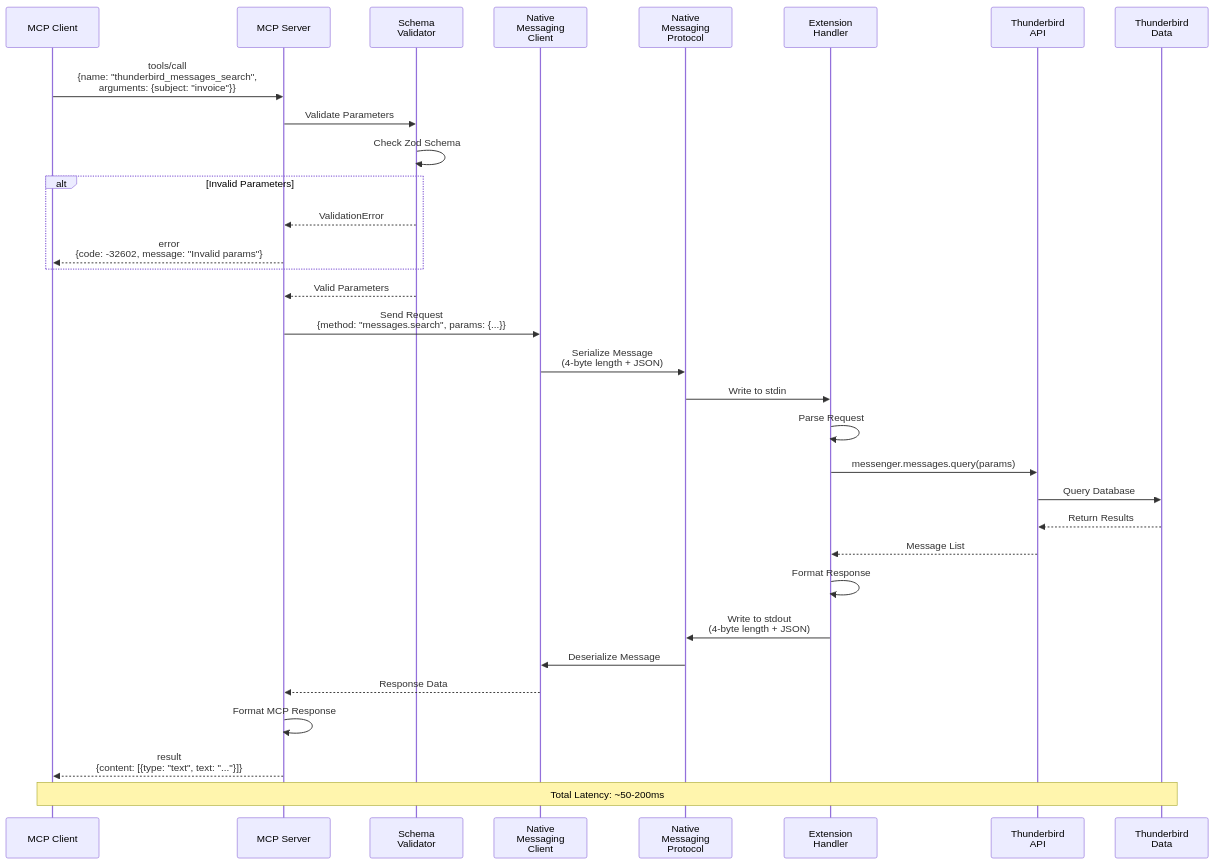
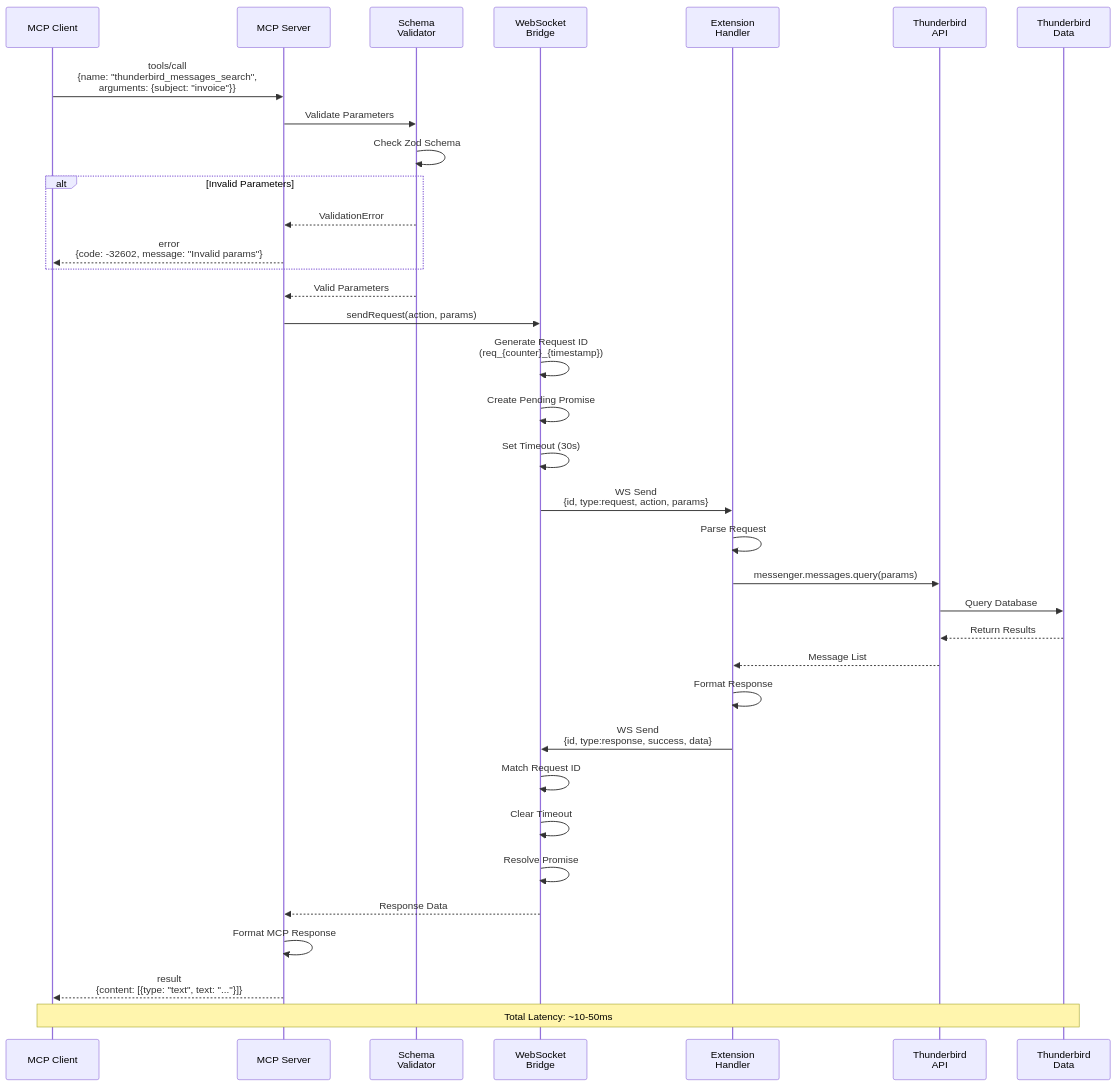
Before and after one commit to assistance-micro-design/zileo-mcp-thunderbird: the second of 10 diagrams in docs/architecture/data-flow.md, drawn with Mermaid. The commit also changed other lines of this file and 7 other files, not shown here.

````diff
--- a/docs/architecture/data-flow.md
+++ b/docs/architecture/data-flow.md
@@ -71,46 +76,49 @@
 ```mermaid
 sequenceDiagram
     participant Client as MCP Client
     participant Server as MCP Server
     participant Validator as Schema<br/>Validator
-    participant NMClient as Native<br/>Messaging<br/>Client
-    participant Protocol as Native<br/>Messaging<br/>Protocol
+    participant Bridge as WebSocket<br/>Bridge
     participant Extension as Extension<br/>Handler
     participant API as Thunderbird<br/>API
     participant TB as Thunderbird<br/>Data
 
     Client->>Server: tools/call<br/>{name: "thunderbird_messages_search",<br/>arguments: {subject: "invoice"}}
 
     Server->>Validator: Validate Parameters
     Validator->>Validator: Check Zod Schema
     alt Invalid Parameters
         Validator-->>Server: ValidationError
         Server-->>Client: error<br/>{code: -32602, message: "Invalid params"}
     end
 
     Validator-->>Server: Valid Parameters
 
-    Server->>NMClient: Send Request<br/>{method: "messages.search", params: {...}}
+    Server->>Bridge: sendRequest(action, params)
+    Bridge->>Bridge: Generate Request ID<br/>(req_{counter}_{timestamp})
+    Bridge->>Bridge: Create Pending Promise
+    Bridge->>Bridge: Set Timeout (30s)
 
-    NMClient->>Protocol: Serialize Message<br/>(4-byte length + JSON)
-    Protocol->>Extension: Write to stdin
+    Bridge->>Extension: WS Send<br/>{id, type:request, action, params}
 
     Extension->>Extension: Parse Request
     Extension->>API: messenger.messages.query(params)
 
     API->>TB: Query Database
     TB-->>API: Return Results
 
     API-->>Extension: Message List
 
     Extension->>Extension: Format Response
-    Extension->>Protocol: Write to stdout<br/>(4-byte length + JSON)
+    Extension->>Bridge: WS Send<br/>{id, type:response, success, data}
 
-    Protocol->>NMClient: Deserialize Message
-    NMClient-->>Server: Response Data
+    Bridge->>Bridge: Match Request ID
+    Bridge->>Bridge: Clear Timeout
+    Bridge->>Bridge: Resolve Promise
+    Bridge-->>Server: Response Data
 
     Server->>Server: Format MCP Response
     Server-->>Client: result<br/>{content: [{type: "text", text: "..."}]}
 
-    Note over Client,TB: Total Latency: ~50-200ms
+    Note over Client,TB: Total Latency: ~10-50ms
 ```
````
